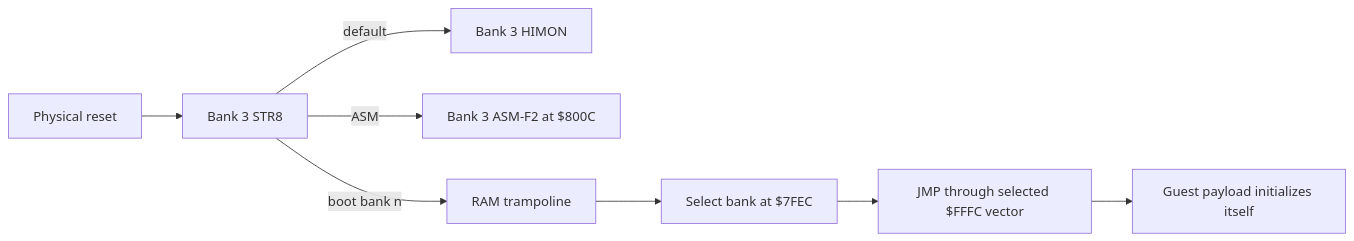
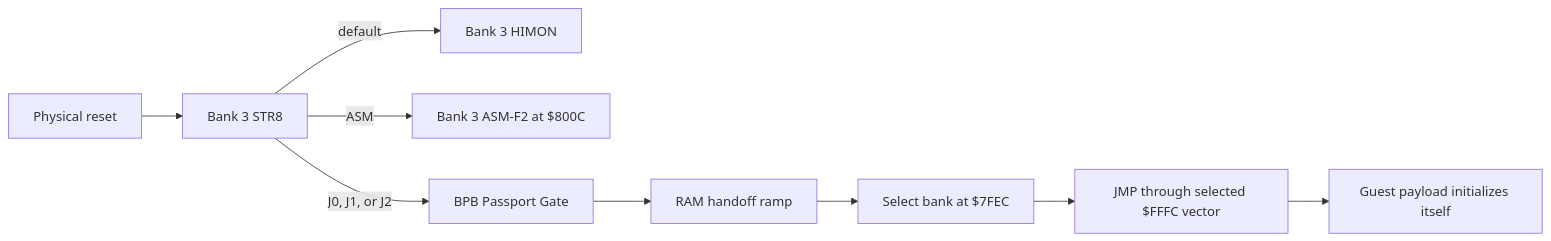
One commit to 95westus/R-YORS changed the diagram in DOC/GUIDES/PLANNING/STR8_MULTIBOOT_BANK_VOLUMES.md. Above: the diagram before and after it, drawn with Mermaid. The commit also changed other lines of this file and 52 other files, not shown here.

````diff
--- a/DOC/GUIDES/PLANNING/STR8_MULTIBOOT_BANK_VOLUMES.md
+++ b/DOC/GUIDES/PLANNING/STR8_MULTIBOOT_BANK_VOLUMES.md
@@ -88,10 +92,11 @@
 ```mermaid
 flowchart LR
     R[Physical reset] --> B3[Bank 3 STR8]
     B3 -->|default| H[Bank 3 HIMON]
     B3 -->|ASM| A[Bank 3 ASM-F2 at $800C]
-    B3 -->|boot bank n| T[RAM trampoline]
+    B3 -->|J0, J1, or J2| P[BPB Passport Gate]
+    P --> T[RAM handoff ramp]
     T --> S[Select bank at $7FEC]
     S --> V[JMP through selected $FFFC vector]
     V --> G[Guest payload initializes itself]
 ```
````
